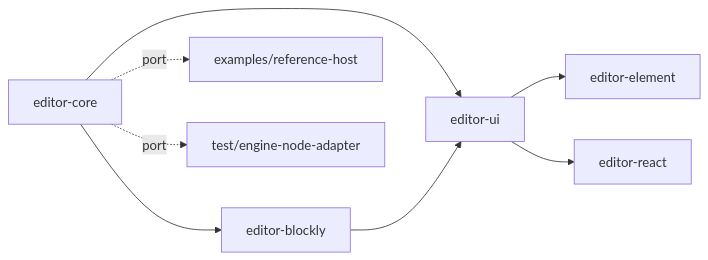
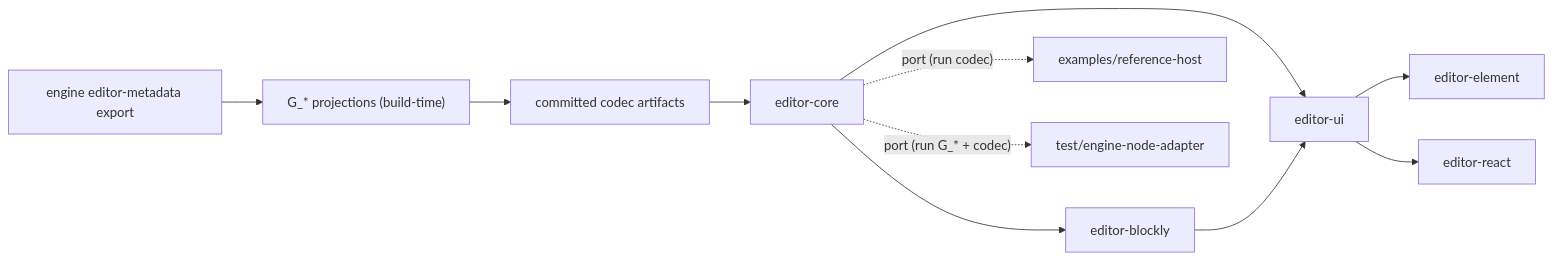
Before and after one commit to transon-org/transon-blockly: the third of 8 diagrams in docs/ARCHITECTURE.md, drawn with Mermaid. The commit also changed other lines of this file and 5 other files, not shown here.

````diff
--- a/docs/ARCHITECTURE.md
+++ b/docs/ARCHITECTURE.md
@@ -319,10 +446,13 @@
 ```mermaid
 flowchart LR
-    CORE["editor-core"] --> BLK["editor-blockly"]
+    META["engine editor-metadata export"] --> GEN["G_* projections (build-time)"]
+    GEN --> ART["committed codec artifacts"]
+    ART --> CORE["editor-core"]
+    CORE --> BLK["editor-blockly"]
     CORE --> UI["editor-ui"]
     BLK --> UI
     UI --> EL["editor-element"]
     UI --> RX["editor-react"]
-    CORE -.port.-> PH["examples/reference-host"]
-    CORE -.port.-> NA["test/engine-node-adapter"]
+    CORE -.port (run codec).-> PH["examples/reference-host"]
+    CORE -.port (run G_* + codec).-> NA["test/engine-node-adapter"]
 ```
````
